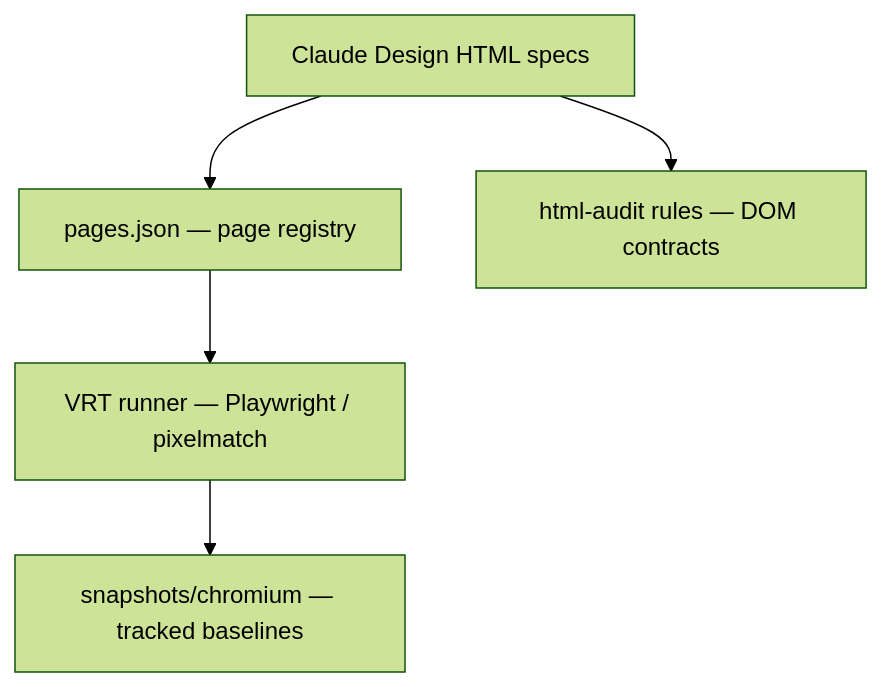
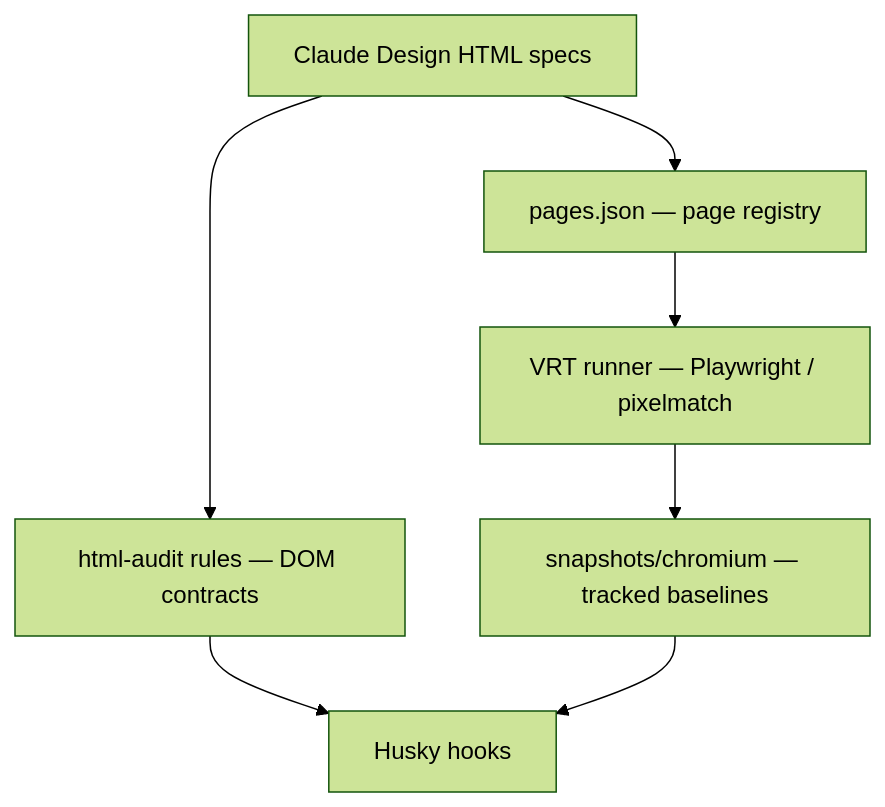
One commit to Corvus400/design-blueprint changed the diagram in README.md. Above: the diagram before and after it, drawn with Mermaid (forest theme). The commit also changed other lines of this file, not shown here.

````diff
--- a/README.md
+++ b/README.md
@@ -66,12 +70,15 @@
 ```mermaid
 graph TD
   DESIGN["Claude Design HTML specs"]
   PAGES["pages.json — page registry"]
   AUDIT["html-audit rules — DOM contracts"]
   VRT["VRT runner — Playwright / pixelmatch"]
   SNAP["snapshots/chromium — tracked baselines"]
+  HOOKS["Husky hooks"]
   DESIGN --> PAGES
   PAGES --> VRT
   DESIGN --> AUDIT
+  AUDIT --> HOOKS
   VRT --> SNAP
+  SNAP --> HOOKS
 ```
````
